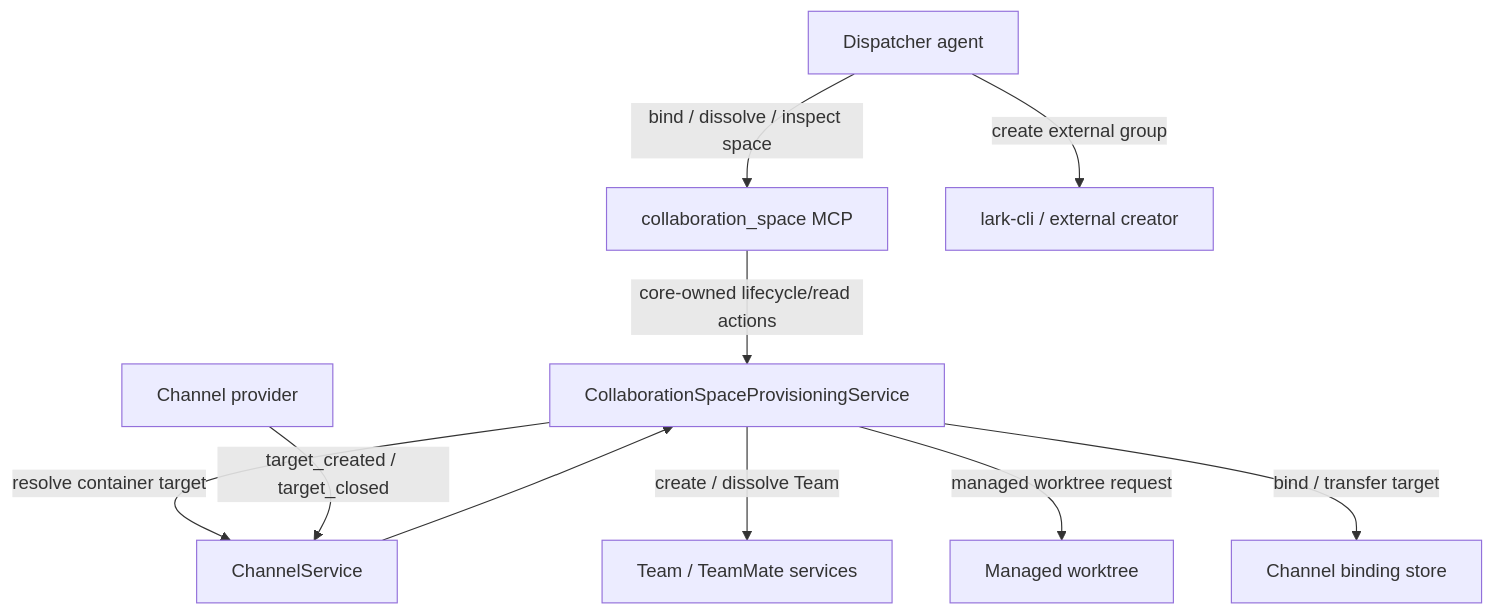
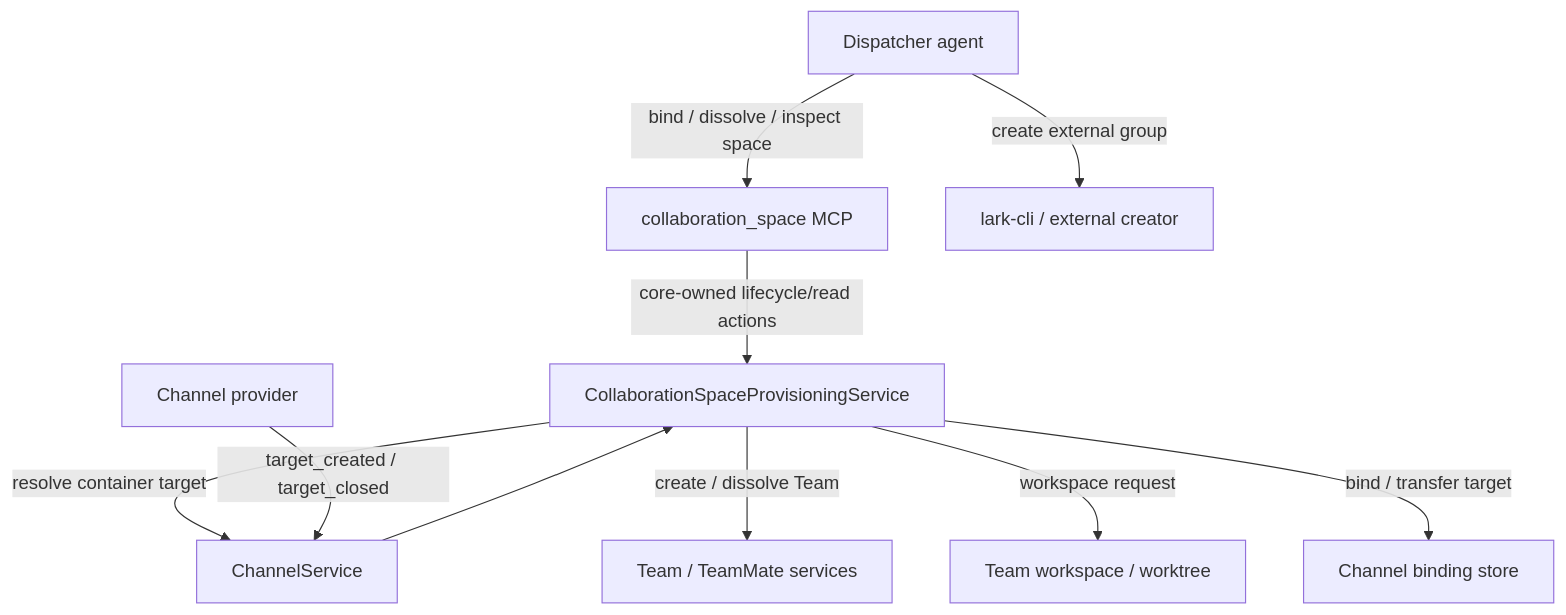
One commit to excitedjs/dreamux changed the diagram in .agents/proposals/collaboration-space-provisioning.md. Above: the diagram before and after it, drawn with Mermaid. The commit also changed other lines of this file and 45 other files, not shown here.

````diff
--- a/.agents/proposals/collaboration-space-provisioning.md
+++ b/.agents/proposals/collaboration-space-provisioning.md
@@ -86,22 +85,22 @@
 ```mermaid
 flowchart TD
   DispatcherAgent["Dispatcher agent"]
   SpaceMcp["collaboration_space MCP"]
   LarkCli["lark-cli / external creator"]
   ChannelProvider["Channel provider"]
   ChannelService["ChannelService"]
   Provisioning["CollaborationSpaceProvisioningService"]
   TeamService["Team / TeamMate services"]
   BindingStore["Channel binding store"]
-  Worktree["Managed worktree"]
+  Worktree["Team workspace / worktree"]
 
   DispatcherAgent -->|"create external group"| LarkCli
   DispatcherAgent -->|"bind / dissolve / inspect space"| SpaceMcp
   SpaceMcp -->|"core-owned lifecycle/read actions"| Provisioning
   Provisioning -->|"resolve container target"| ChannelService
   ChannelProvider -->|"target_created / target_closed"| ChannelService
   ChannelService --> Provisioning
   Provisioning -->|"create / dissolve Team"| TeamService
-  Provisioning -->|"managed worktree request"| Worktree
+  Provisioning -->|"workspace request"| Worktree
   Provisioning -->|"bind / transfer target"| BindingStore
 ```
````
